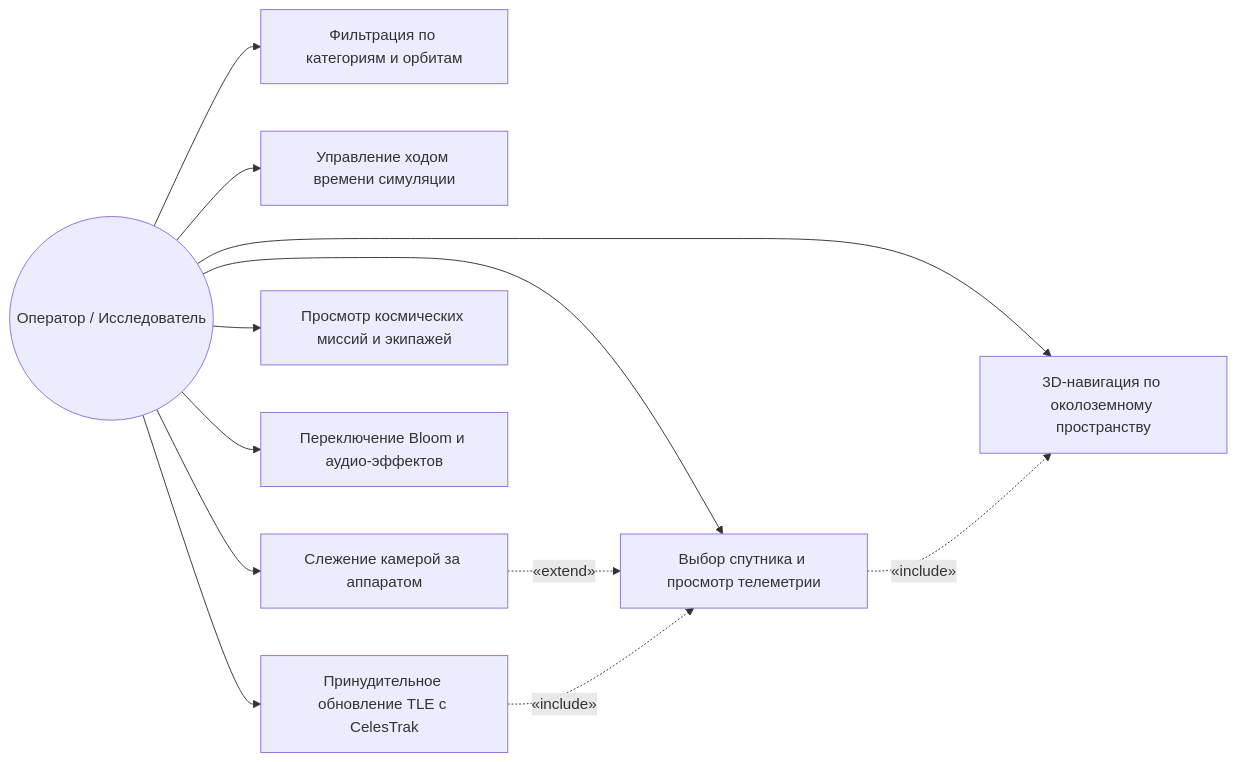
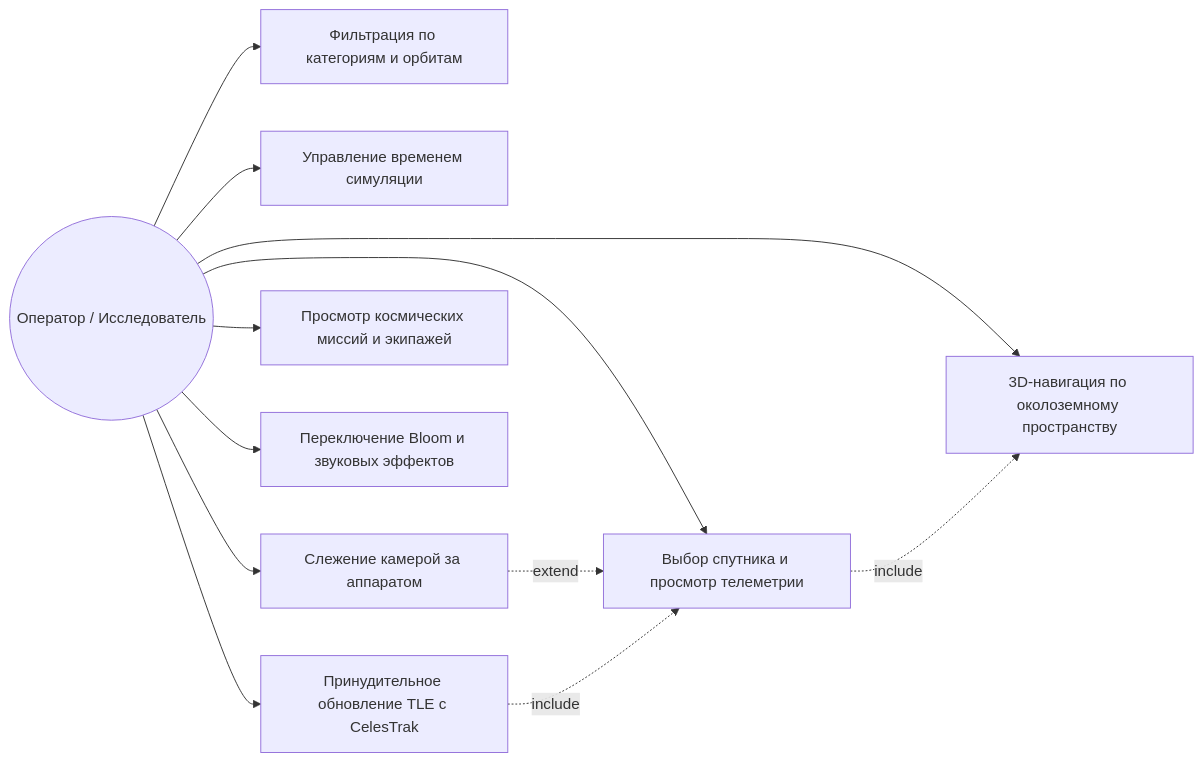
The fourth of 9 diagrams in diagrams-overview.md (ajdan8017-pixel/OrbitWatch), drawn with Mermaid before and after one commit. The commit also changed other lines of this file, not shown here.

````diff
--- a/diagrams-overview.md
+++ b/diagrams-overview.md
@@ -191,26 +191,26 @@
 ```mermaid
 graph LR
     User((Оператор / Исследователь))
 
     UC1[3D-навигация по околоземному пространству]
     UC2[Выбор спутника и просмотр телеметрии]
     UC3[Фильтрация по категориям и орбитам]
-    UC4[Управление ходом времени симуляции]
+    UC4[Управление временем симуляции]
     UC5[Слежение камерой за аппаратом]
     UC6[Принудительное обновление TLE с CelesTrak]
     UC7[Просмотр космических миссий и экипажей]
-    UC8[Переключение Bloom и аудио-эффектов]
+    UC8[Переключение Bloom и звуковых эффектов]
 
     User --> UC1
     User --> UC2
     User --> UC3
     User --> UC4
     User --> UC5
     User --> UC6
     User --> UC7
     User --> UC8
 
-    UC2 -. "«include»" .-> UC1
-    UC5 -. "«extend»" .-> UC2
-    UC6 -. "«include»" .-> UC2
+    UC2 -.->|include| UC1
+    UC5 -.->|extend| UC2
+    UC6 -.->|include| UC2
 ```
````
